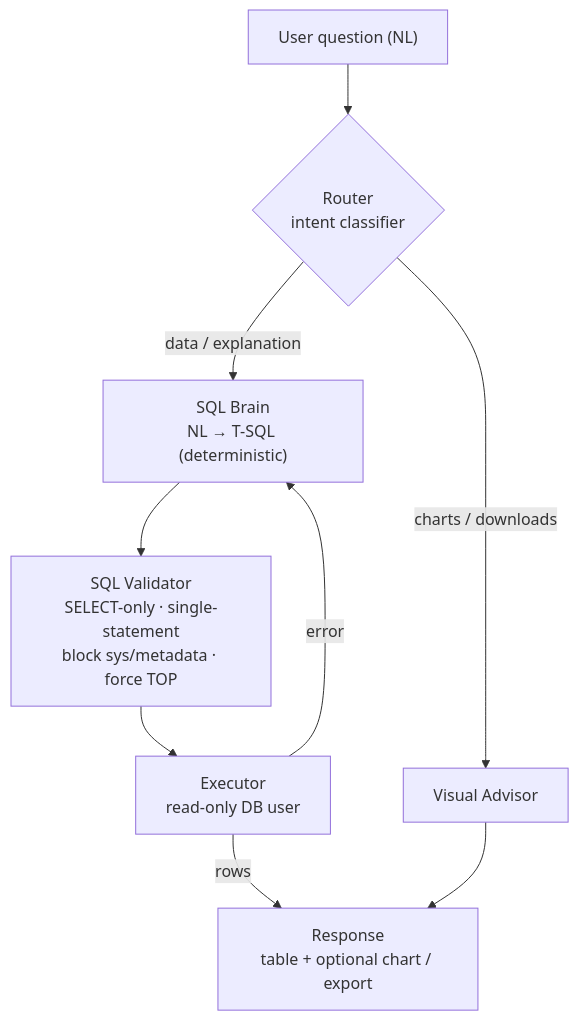
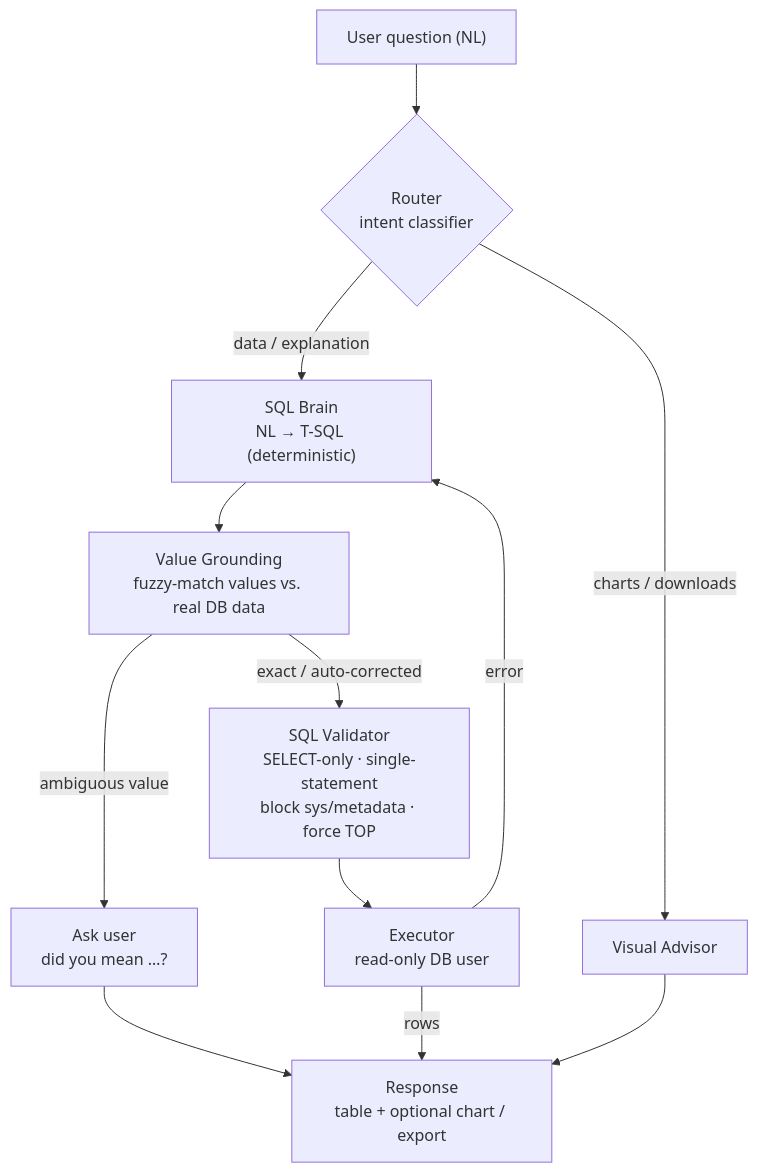
One commit to danielcordobap/text_sql_prd changed the first of 2 diagrams in README.md. Above: the diagram before and after it, drawn with Mermaid. The commit also changed other lines of this file and 1 other file, not shown here.

````diff
--- a/README.md
+++ b/README.md
@@ -39,11 +43,14 @@
 ```mermaid
 flowchart TD
     Q["User question (NL)"] --> R{Router<br/>intent classifier}
     R -->|data / explanation| G["SQL Brain<br/>NL → T-SQL (deterministic)"]
     R -->|charts / downloads| V["Visual Advisor"]
-    G --> VAL["SQL Validator<br/>SELECT-only · single-statement<br/>block sys/metadata · force TOP"]
+    G --> GR["Value Grounding<br/>fuzzy-match values vs. real DB data"]
+    GR -->|ambiguous value| CL["Ask user<br/>did you mean …?"]
+    GR -->|exact / auto-corrected| VAL["SQL Validator<br/>SELECT-only · single-statement<br/>block sys/metadata · force TOP"]
     VAL --> EX["Executor<br/>read-only DB user"]
     EX -->|error| G
     EX -->|rows| F["Response<br/>table + optional chart / export"]
+    CL --> F
     V --> F
 ```
````
